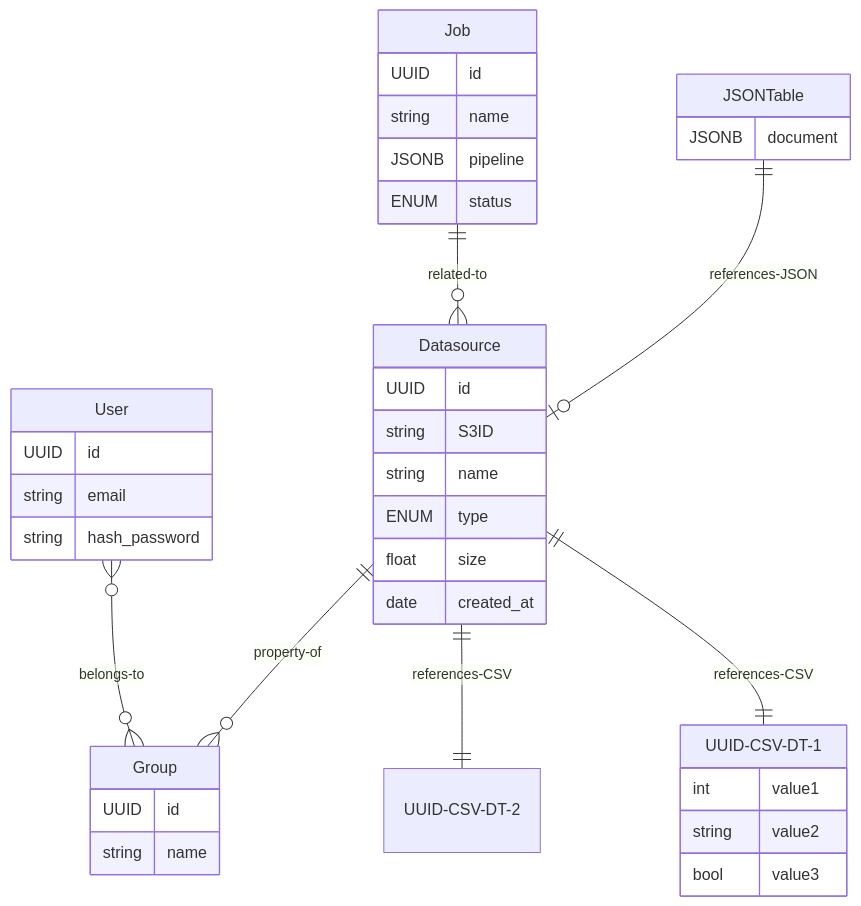
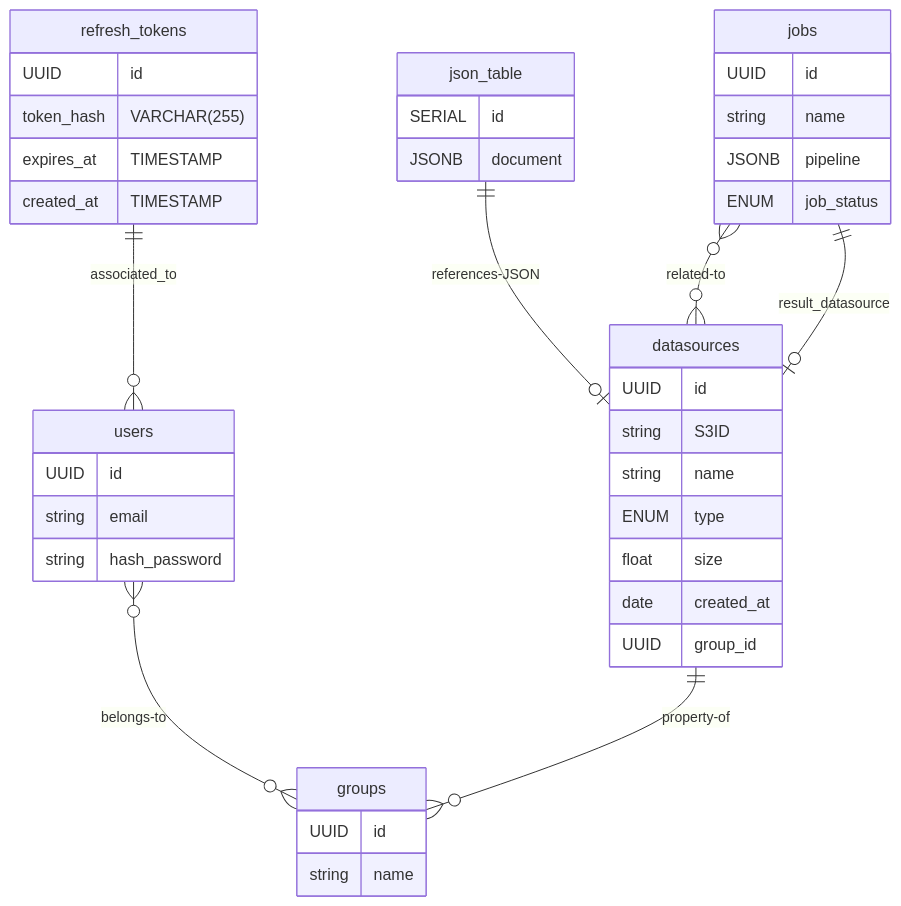
One commit to DO-JENC/data-go-fast changed the diagram in docs/data-go-fast_database-doc.mmd. Above: the diagram before and after it, drawn with Mermaid. The commit also changed other lines of this file, not shown here.

```diff
--- a/docs/data-go-fast_database-doc.mmd
+++ b/docs/data-go-fast_database-doc.mmd
@@ -1,43 +1,47 @@
 erDiagram
-    User {
+    users {
         UUID id
         string email
         string hash_password
     }
-    User }o--o{ Group : belongs-to
-    Group {
+    users }o--o{ groups : belongs-to
+    groups {
         UUID id
         string name
     }
 
-    Datasource {
+    datasources {
         UUID id
         string S3ID
         string name
         ENUM type
         float size
         date created_at
+        UUID group_id
     }
-    Datasource ||--|| UUID-CSV-DT-1 : references-CSV
-    UUID-CSV-DT-1{
-        int value1
-        string value2
-        bool value3
+    
+    json_table{
+        SERIAL id
+        JSONB document
+        
     }
-    Datasource ||--|| UUID-CSV-DT-2 : references-CSV
-    UUID-CSV-DT-2{
-    }
-    JSONTable{
-        JSONB document
-    }
-    JSONTable ||--|o Datasource : references-JSON
-    Datasource ||--o{ Group : property-of
+    json_table ||--|o datasources : references-JSON
+    datasources ||--o{ groups : property-of
 
-    Job {
+    jobs {
         UUID id
         string name
         JSONB pipeline
-        ENUM status
+        ENUM job_status
 
     }
-    Job ||--o{ Datasource : related-to
+    jobs }o--o{ datasources : related-to
+    jobs ||--|o datasources : result_datasource
+
+    refresh_tokens {
+        UUID id
+        token_hash VARCHAR(255)
+        expires_at TIMESTAMP
+        created_at TIMESTAMP
+    }
+    refresh_tokens ||--O{ users : associated_to
```
